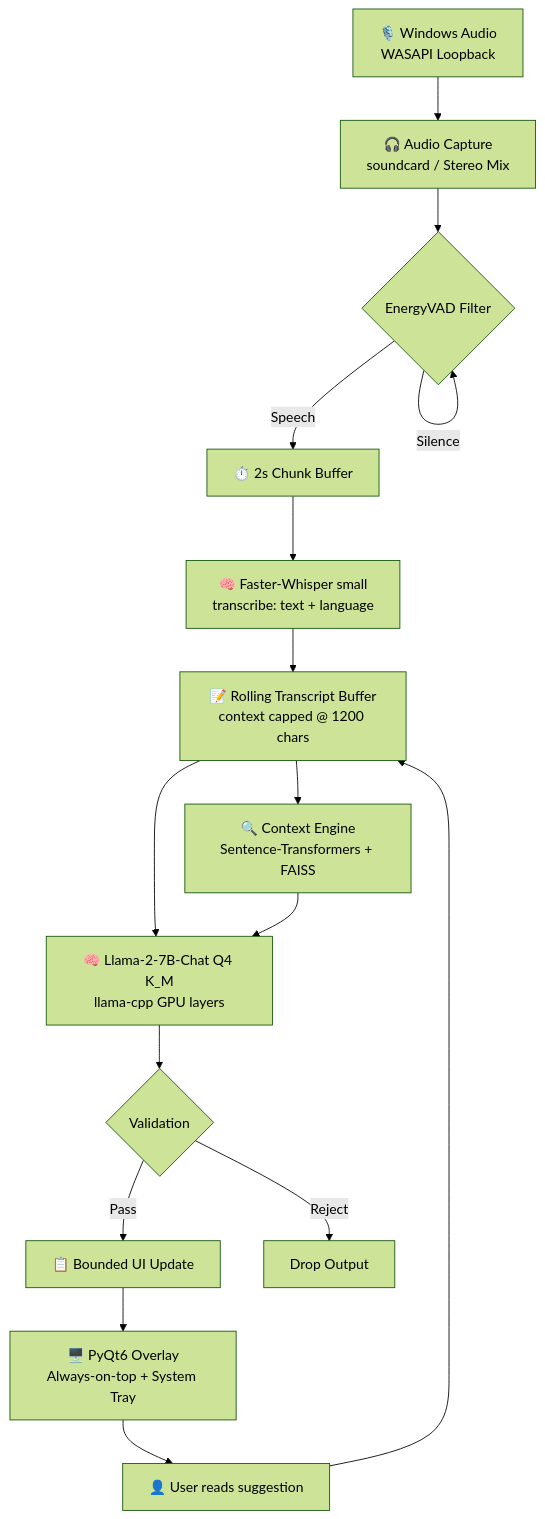
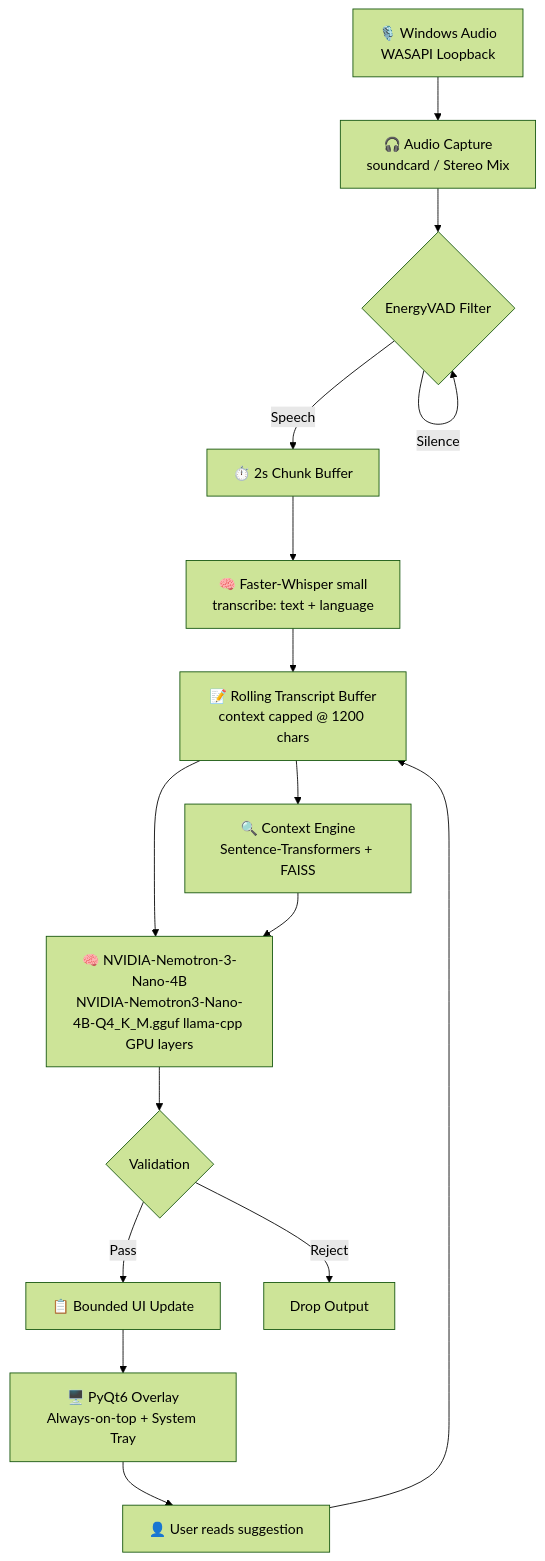
Before and after one commit to XDR-SAM/EchoMind---Real-Time-Conversation-Intelligence: the diagram in README.md, drawn with Mermaid (forest theme). The commit also changed other lines of this file and 11 other files, not shown here.

````diff
--- a/README.md
+++ b/README.md
@@ -63,18 +64,18 @@
 ```mermaid
 graph TD
     A["🎙️ Windows Audio<br/>WASAPI Loopback"] --> B["🎧 Audio Capture<br/>soundcard / Stereo Mix"]
     B --> C{"EnergyVAD Filter"}
     C -->|Speech| D["⏱️ 2s Chunk Buffer"]
     C -->|Silence| C
     D --> E["🧠 Faster-Whisper small<br/>transcribe: text + language"]
     E --> F["📝 Rolling Transcript Buffer<br/>context capped @ 1200 chars"]
     F --> G["🔍 Context Engine<br/>Sentence-Transformers + FAISS"]
-    F --> H["🧠 Llama-2-7B-Chat Q4 K_M<br/>llama-cpp GPU layers"]
+    F --> H["🧠 NVIDIA-Nemotron-3-Nano-4B<br/>NVIDIA-Nemotron3-Nano-4B-Q4_K_M.gguf llama-cpp GPU layers"]
     G --> H
     H --> I{"Validation"}
     I -->|Pass| J["📋 Bounded UI Update"]
     I -->|Reject| K["Drop Output"]
     J --> L["🖥️ PyQt6 Overlay<br/>Always-on-top + System Tray"]
     L --> M["👤 User reads suggestion"]
     M --> F
 ```
````
